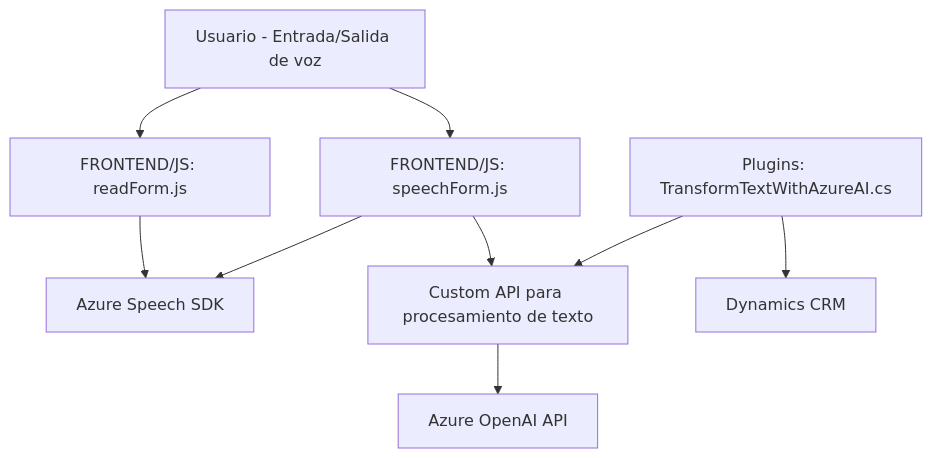
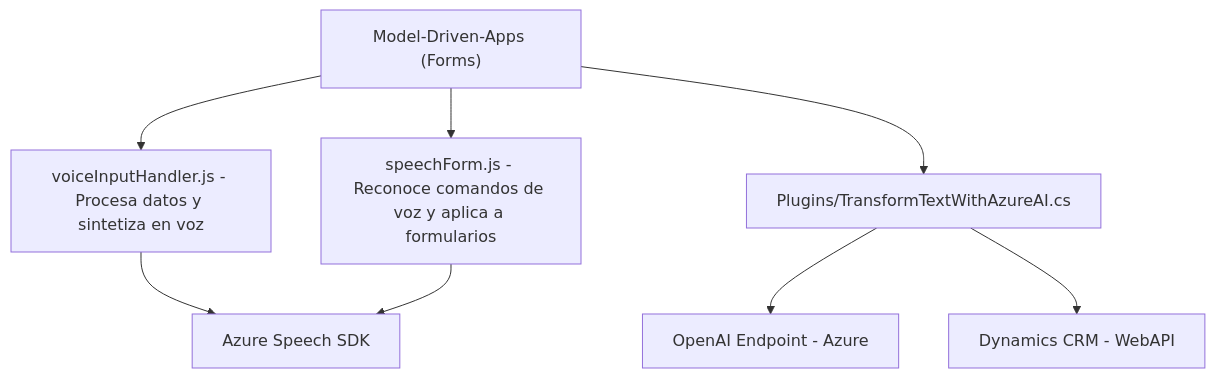
One commit to blopezdm/NETCORE_BILBAO2025 changed the diagram in README.md. Above: the diagram before and after it, drawn with Mermaid. The commit also changed other lines of this file, not shown here.

````diff
--- a/README.md
+++ b/README.md
@@ -34,20 +57,10 @@
 ```mermaid
 graph TD
-    A["Usuario - Entrada/Salida de voz"]
-    B["FRONTEND/JS: readForm.js"]
-    C["Azure Speech SDK"]
-    D["FRONTEND/JS: speechForm.js"]
-    E["Custom API para procesamiento de texto"]
-    F["Plugins: TransformTextWithAzureAI.cs"]
-    G["Azure OpenAI API"]
-    H["Dynamics CRM"]
-
-    A --> B
-    B --> C
-    A --> D
-    D --> C
-    D --> E
-    E --> G
-    F --> E
-    F --> H
+    A["Model-Driven-Apps (Forms)"] --> B1["voiceInputHandler.js - Procesa datos y sintetiza en voz"]
+    A --> B2["speechForm.js - Reconoce comandos de voz y aplica a formularios"]
+    B1 --> C["Azure Speech SDK"]
+    B2 --> C
+    A --> D["Plugins/TransformTextWithAzureAI.cs"]
+    D --> E["OpenAI Endpoint - Azure"]
+    D --> F["Dynamics CRM - WebAPI"]
 ```
````
